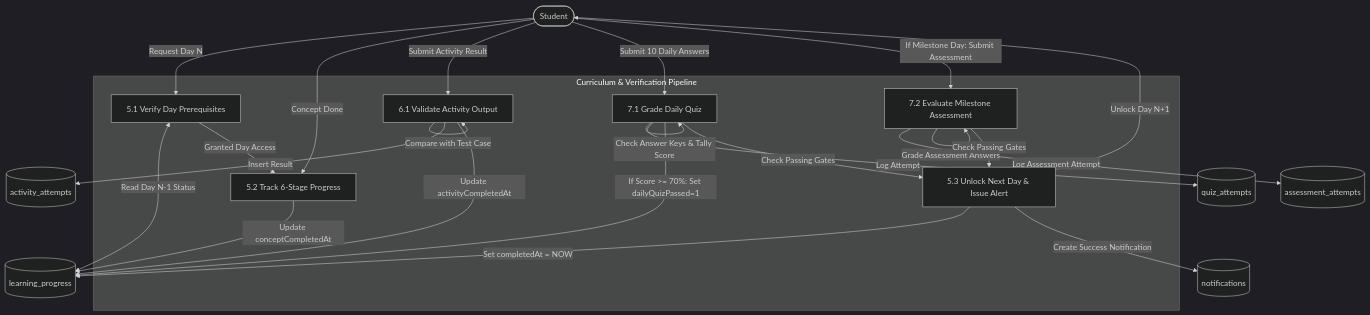
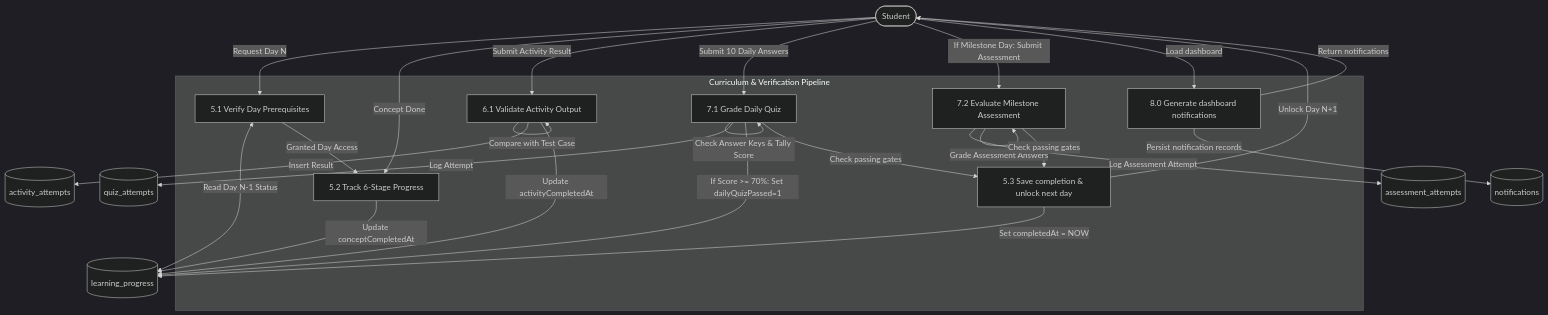
One commit to piyushuttamsawant99-hub/Algorithms-Hub changed the fourth of 9 diagrams in SOFTWARE_ENGINEERING_DOCUMENTATION.md. Above: the diagram before and after it, drawn with Mermaid (dark theme). The commit also changed other lines of this file and 21 other files, not shown here.

````diff
--- a/SOFTWARE_ENGINEERING_DOCUMENTATION.md
+++ b/SOFTWARE_ENGINEERING_DOCUMENTATION.md
@@ -121,45 +114,48 @@
 ```mermaid
 flowchart TD
     Student([Student])
     
     subgraph Curriculum_Subsystem [Curriculum & Verification Pipeline]
         P5_1[5.1 Verify Day Prerequisites]
         P5_2[5.2 Track 6-Stage Progress]
         P6_1[6.1 Validate Activity Output]
         P7_1[7.1 Grade Daily Quiz]
         P7_2[7.2 Evaluate Milestone Assessment]
-        P5_3[5.3 Unlock Next Day & Issue Alert]
+        P5_3[5.3 Save completion & unlock next day]
+        P8[8.0 Generate dashboard notifications]
     end
 
     DB_LP[(learning_progress)]
     DB_AA[(activity_attempts)]
     DB_QA[(quiz_attempts)]
     DB_ASM[(assessment_attempts)]
     DB_NT[(notifications)]
 
     Student -->|Request Day N| P5_1
     P5_1 <-->|Read Day N-1 Status| DB_LP
     P5_1 -->|Granted Day Access| P5_2
 
     Student -->|Concept Done| P5_2
     P5_2 -->|Update conceptCompletedAt| DB_LP
 
     Student -->|Submit Activity Result| P6_1
     P6_1 -->|Compare with Test Case| P6_1
     P6_1 -->|Insert Result| DB_AA
     P6_1 -->|Update activityCompletedAt| DB_LP
 
     Student -->|Submit 10 Daily Answers| P7_1
     P7_1 -->|Check Answer Keys & Tally Score| P7_1
     P7_1 -->|Log Attempt| DB_QA
     P7_1 -->|If Score >= 70%: Set dailyQuizPassed=1| DB_LP
 
     Student -->|If Milestone Day: Submit Assessment| P7_2
     P7_2 -->|Grade Assessment Answers| P7_2
     P7_2 -->|Log Assessment Attempt| DB_ASM
 
-    P7_1 & P7_2 -->|Check Passing Gates| P5_3
+    P7_1 & P7_2 -->|Check passing gates| P5_3
     P5_3 -->|Set completedAt = NOW| DB_LP
-    P5_3 -->|Create Success Notification| DB_NT
     P5_3 -->|Unlock Day N+1| Student
+    Student -->|Load dashboard| P8
+    P8 -->|Persist notification records| DB_NT
+    P8 -->|Return notifications| Student
 ```
````
